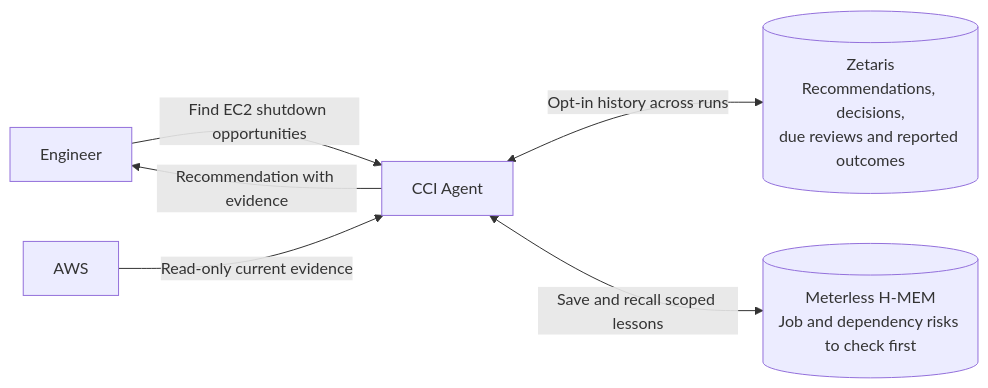
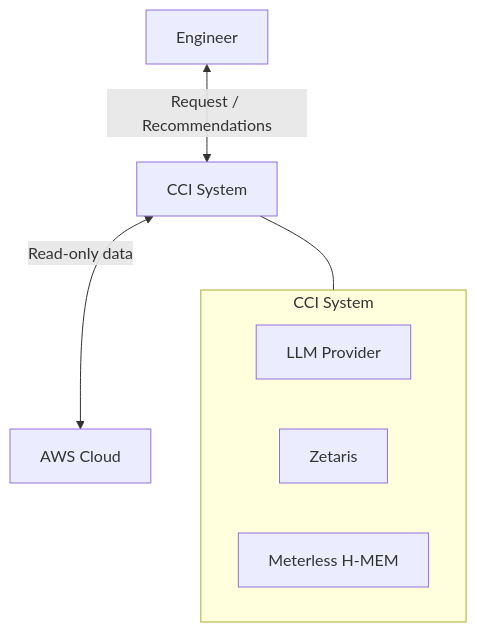
The first of 3 diagrams in README.md (milaforge/cloud-cost-investigator), drawn with Mermaid before and after one commit. The commit also changed other lines of this file and 16 other files, not shown here.

````diff
--- a/README.md
+++ b/README.md
@@ -23,8 +23,13 @@
 ```mermaid
-flowchart LR
-    User["Engineer"] -->|Find EC2 shutdown opportunities| Agent["CCI Agent"]
-    Agent -->|Recommendation with evidence| User
-    AWS["AWS"] -->|Read-only current evidence| Agent
-    Agent <-->|Opt-in history across runs| Zetaris[("Zetaris<br/>Recommendations, decisions,<br/>due reviews and reported outcomes")]
-    Agent <-->|Save and recall scoped lessons| Meterless[("Meterless H-MEM<br/>Job and dependency risks to check first")]
+flowchart TD
+    User["Engineer"] <-->|Request / Recommendations| CCI
+    CCI["CCI System"] <-->|Read-only data| AWS["AWS Cloud"]
+
+    subgraph CCI_System["CCI System"]
+        LLM["LLM Provider"]
+        Zetaris["Zetaris"]
+        Meterless["Meterless H-MEM"]
+    end
+
+    CCI --- CCI_System
 ```
````
